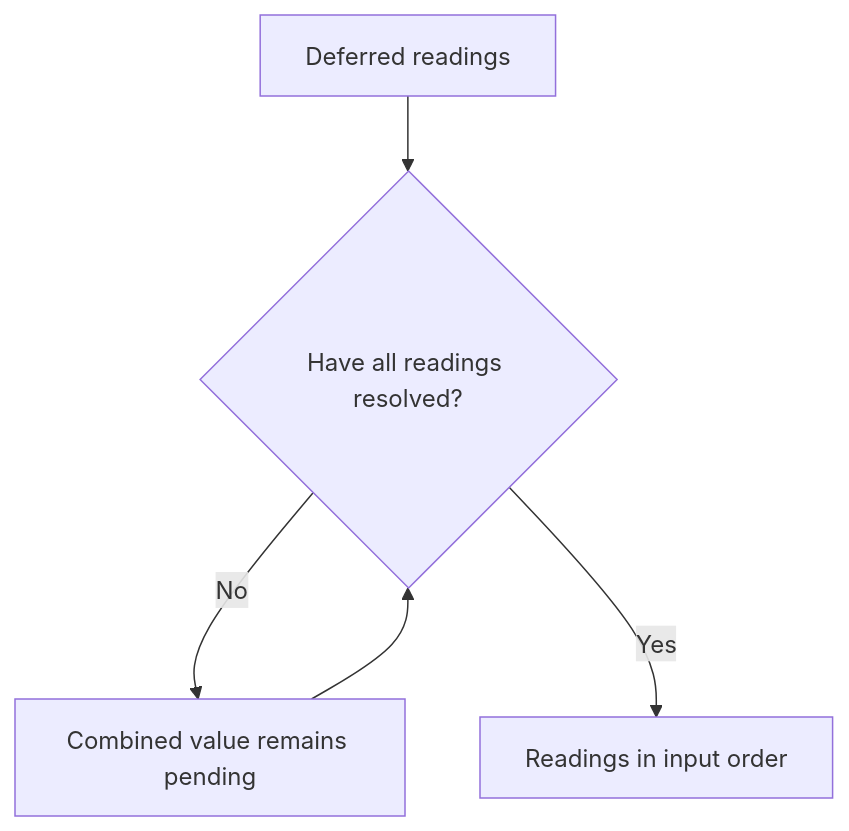
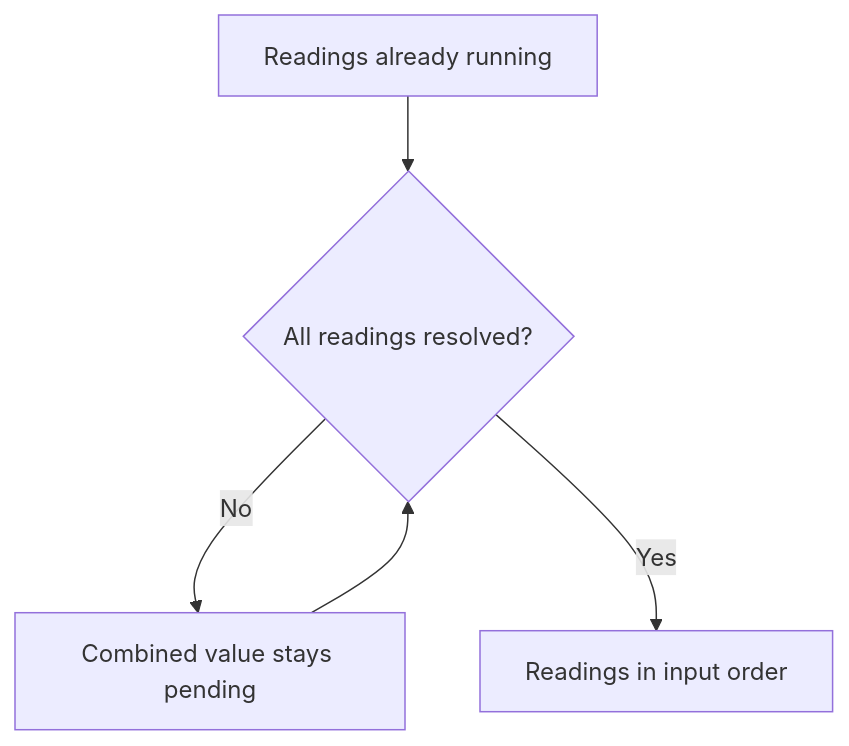
The diagram in docs/src/content/docs/guides/deferred.md (pplnd/core), drawn with Mermaid before and after one commit. The commit also changed other lines of this file and 63 other files, not shown here.

````diff
--- a/docs/src/content/docs/guides/deferred.md
+++ b/docs/src/content/docs/guides/deferred.md
@@ -30,7 +43,7 @@
 ```mermaid
 flowchart TD
-  Inputs["Deferred readings"] --> Wait{"Have all readings resolved?"}
-  Wait -->|No| Pending["Combined value remains pending"]
-  Pending --> Wait
-  Wait -->|Yes| Output["Readings in input order"]
+  Inputs["Readings already running"] --> Pending{"All readings resolved?"}
+  Pending -->|No| Wait["Combined value stays pending"]
+  Wait --> Pending
+  Pending -->|Yes| Ordered["Readings in input order"]
 ```
````
